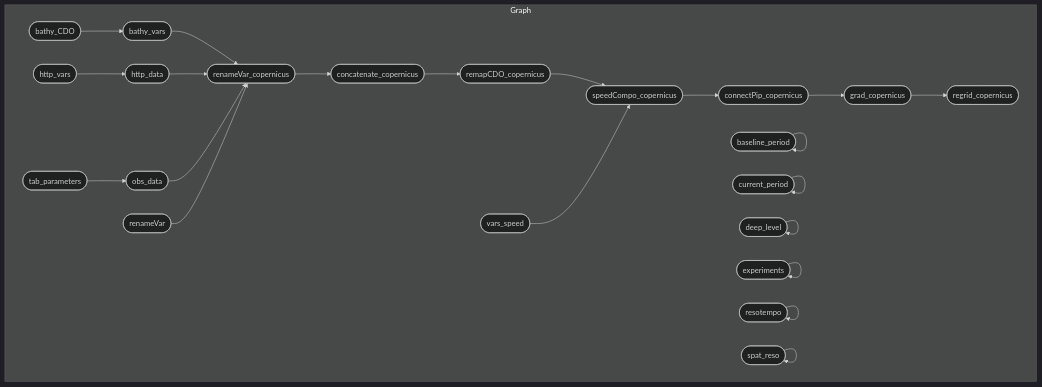
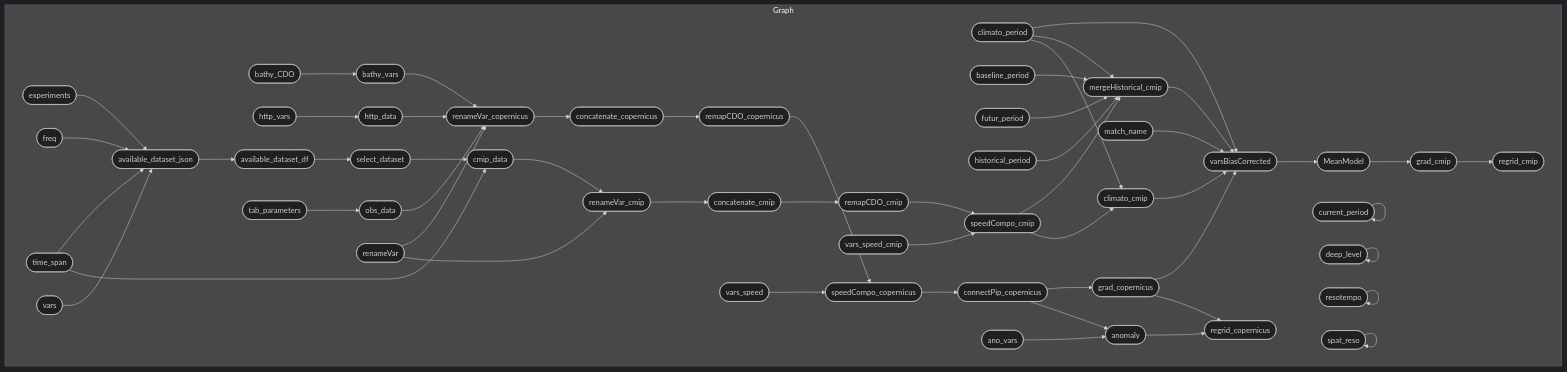
One commit to r-fernandezz/downshape changed the diagram in README.md. Above: the diagram before and after it, drawn with Mermaid (dark theme). The commit also changed other lines of this file and 5 other files, not shown here.

````diff
--- a/README.md
+++ b/README.md
@@ -24,26 +23,56 @@
 ``` mermaid
 graph LR
   subgraph Graph
     direction LR
+    x0c817e56268c947c(["climato_cmip"]):::outdated --> x178958aede3793d9(["varsBiasCorrected"]):::outdated
+    xbbe4eafa679df977(["climato_period"]):::outdated --> x178958aede3793d9(["varsBiasCorrected"]):::outdated
+    x37179b61a203cbd3(["grad_copernicus"]):::outdated --> x178958aede3793d9(["varsBiasCorrected"]):::outdated
+    xab1c13260db879af(["match_name"]):::outdated --> x178958aede3793d9(["varsBiasCorrected"]):::outdated
+    xf21dac5ab86940da(["mergeHistorical_cmip"]):::outdated --> x178958aede3793d9(["varsBiasCorrected"]):::outdated
+    xac02e5e58926353b(["experiments"]):::outdated --> x6fcf9b0e7fc429ff(["available_dataset_json"]):::outdated
+    x906e78a8df9f52cb(["freq"]):::outdated --> x6fcf9b0e7fc429ff(["available_dataset_json"]):::outdated
+    x2c0118dd07b06ac8(["time_span"]):::outdated --> x6fcf9b0e7fc429ff(["available_dataset_json"]):::outdated
+    x8f15ec77b8dbd81a(["vars"]):::outdated --> x6fcf9b0e7fc429ff(["available_dataset_json"]):::outdated
+    x178958aede3793d9(["varsBiasCorrected"]):::outdated --> x0754d07deb71dd34(["MeanModel"]):::outdated
+    x9b87618f04cad4de(["anomaly"]):::outdated --> x86e690a15fc5d647(["regrid_copernicus"]):::outdated
+    x37179b61a203cbd3(["grad_copernicus"]):::outdated --> x86e690a15fc5d647(["regrid_copernicus"]):::outdated
+    x21b09bf88a2ff147(["baseline_period"]):::outdated --> xf21dac5ab86940da(["mergeHistorical_cmip"]):::outdated
+    xbbe4eafa679df977(["climato_period"]):::outdated --> xf21dac5ab86940da(["mergeHistorical_cmip"]):::outdated
+    xbce5cad1cf7e7103(["futur_period"]):::outdated --> xf21dac5ab86940da(["mergeHistorical_cmip"]):::outdated
+    x57dd1d5e854c11b6(["historical_period"]):::outdated --> xf21dac5ab86940da(["mergeHistorical_cmip"]):::outdated
+    xe5de19f3be59da20(["speedCompo_cmip"]):::outdated --> xf21dac5ab86940da(["mergeHistorical_cmip"]):::outdated
+    xf5c6fd225c377a3d(["bathy_CDO"]):::outdated --> xb5817e1daca13dcc(["bathy_vars"]):::outdated
+    x4fe875b2492d0106(["concatenate_cmip"]):::outdated --> xf4b49e2ba07661b1(["remapCDO_cmip"]):::outdated
+    x71e926299248ce3f(["http_vars"]):::outdated --> x35b468daf9281b76(["http_data"]):::outdated
+    x4c3d86d2401270ef(["grad_cmip"]):::outdated --> x14e8a4fa0f44afa5(["regrid_cmip"]):::outdated
+    xf4b49e2ba07661b1(["remapCDO_cmip"]):::outdated --> xe5de19f3be59da20(["speedCompo_cmip"]):::outdated
+    x7a197bdf5f12681a(["vars_speed_cmip"]):::outdated --> xe5de19f3be59da20(["speedCompo_cmip"]):::outdated
     xd2707862cf793d3a(["connectPip_copernicus"]):::outdated --> x37179b61a203cbd3(["grad_copernicus"]):::outdated
-    xb5817e1daca13dcc(["bathy_vars"]):::uptodate --> xe44467b2b079fc18(["renameVar_copernicus"]):::outdated
-    x35b468daf9281b76(["http_data"]):::uptodate --> xe44467b2b079fc18(["renameVar_copernicus"]):::outdated
+    x3f5ab24ee8d242b4(["select_dataset"]):::outdated --> xd8e5f2013a341013(["cmip_data"]):::outdated
+    x2c0118dd07b06ac8(["time_span"]):::outdated --> xd8e5f2013a341013(["cmip_data"]):::outdated
+    xb5817e1daca13dcc(["bathy_vars"]):::outdated --> xe44467b2b079fc18(["renameVar_copernicus"]):::outdated
+    x35b468daf9281b76(["http_data"]):::outdated --> xe44467b2b079fc18(["renameVar_copernicus"]):::outdated
     xd7bca5ba4e5f539d(["obs_data"]):::outdated --> xe44467b2b079fc18(["renameVar_copernicus"]):::outdated
-    xd15c82dcb79a7c2e(["renameVar"]):::uptodate --> xe44467b2b079fc18(["renameVar_copernicus"]):::outdated
+    xd15c82dcb79a7c2e(["renameVar"]):::outdated --> xe44467b2b079fc18(["renameVar_copernicus"]):::outdated
+    x6fcf9b0e7fc429ff(["available_dataset_json"]):::outdated --> xe895740a9b7896f7(["available_dataset_df"]):::outdated
+    x0754d07deb71dd34(["MeanModel"]):::outdated --> x4c3d86d2401270ef(["grad_cmip"]):::outdated
+    x4301c707c2ab0cdc(["tab_parameters"]):::outdated --> xd7bca5ba4e5f539d(["obs_data"]):::outdated
+    xe44467b2b079fc18(["renameVar_copernicus"]):::outdated --> x9289bfb53112cf3b(["concatenate_copernicus"]):::outdated
+    xe895740a9b7896f7(["available_dataset_df"]):::outdated --> x3f5ab24ee8d242b4(["select_dataset"]):::outdated
+    x0262297569c18022(["renameVar_cmip"]):::outdated --> x4fe875b2492d0106(["concatenate_cmip"]):::outdated
+    xb5a86a9ebe0b7b97(["ano_vars"]):::outdated --> x9b87618f04cad4de(["anomaly"]):::outdated
+    xd2707862cf793d3a(["connectPip_copernicus"]):::outdated --> x9b87618f04cad4de(["anomaly"]):::outdated
+    xec6283d15a25ed08(["remapCDO_copernicus"]):::outdated --> xfc6ed28680e5db72(["speedCompo_copernicus"]):::outdated
+    xca459201a27e8460(["vars_speed"]):::outdated --> xfc6ed28680e5db72(["speedCompo_copernicus"]):::outdated
+    x9289bfb53112cf3b(["concatenate_copernicus"]):::outdated --> xec6283d15a25ed08(["remapCDO_copernicus"]):::outdated
     xfc6ed28680e5db72(["speedCompo_copernicus"]):::outdated --> xd2707862cf793d3a(["connectPip_copernicus"]):::outdated
-    x9289bfb53112cf3b(["concatenate_copernicus"]):::outdated --> xec6283d15a25ed08(["remapCDO_copernicus"]):::outdated
-    xec6283d15a25ed08(["remapCDO_copernicus"]):::outdated --> xfc6ed28680e5db72(["speedCompo_copernicus"]):::outdated
-    xca459201a27e8460(["vars_speed"]):::uptodate --> xfc6ed28680e5db72(["speedCompo_copernicus"]):::outdated
-    xe44467b2b079fc18(["renameVar_copernicus"]):::outdated --> x9289bfb53112cf3b(["concatenate_copernicus"]):::outdated
-    x4301c707c2ab0cdc(["tab_parameters"]):::uptodate --> xd7bca5ba4e5f539d(["obs_data"]):::outdated
-    x37179b61a203cbd3(["grad_copernicus"]):::outdated --> x86e690a15fc5d647(["regrid_copernicus"]):::outdated
-    x71e926299248ce3f(["http_vars"]):::uptodate --> x35b468daf9281b76(["http_data"]):::uptodate
-    xf5c6fd225c377a3d(["bathy_CDO"]):::uptodate --> xb5817e1daca13dcc(["bathy_vars"]):::uptodate
-    x21b09bf88a2ff147(["baseline_period"]):::uptodate --> x21b09bf88a2ff147(["baseline_period"]):::uptodate
-    x084994fb0e480676(["current_period"]):::uptodate --> x084994fb0e480676(["current_period"]):::uptodate
-    x625f066a5f205ec8(["deep_level"]):::uptodate --> x625f066a5f205ec8(["deep_level"]):::uptodate
-    xac02e5e58926353b(["experiments"]):::uptodate --> xac02e5e58926353b(["experiments"]):::uptodate
-    x55a14a7f5821bbec(["resotempo"]):::uptodate --> x55a14a7f5821bbec(["resotempo"]):::uptodate
-    xe73cbbcc20086ecd(["spat_reso"]):::uptodate --> xe73cbbcc20086ecd(["spat_reso"]):::uptodate
+    xd8e5f2013a341013(["cmip_data"]):::outdated --> x0262297569c18022(["renameVar_cmip"]):::outdated
+    xd15c82dcb79a7c2e(["renameVar"]):::outdated --> x0262297569c18022(["renameVar_cmip"]):::outdated
+    xbbe4eafa679df977(["climato_period"]):::outdated --> x0c817e56268c947c(["climato_cmip"]):::outdated
+    xe5de19f3be59da20(["speedCompo_cmip"]):::outdated --> x0c817e56268c947c(["climato_cmip"]):::outdated
+    x084994fb0e480676(["current_period"]):::outdated --> x084994fb0e480676(["current_period"]):::outdated
+    x625f066a5f205ec8(["deep_level"]):::outdated --> x625f066a5f205ec8(["deep_level"]):::outdated
+    x55a14a7f5821bbec(["resotempo"]):::outdated --> x55a14a7f5821bbec(["resotempo"]):::outdated
+    xe73cbbcc20086ecd(["spat_reso"]):::outdated --> xe73cbbcc20086ecd(["spat_reso"]):::outdated
   end
 ```
````
